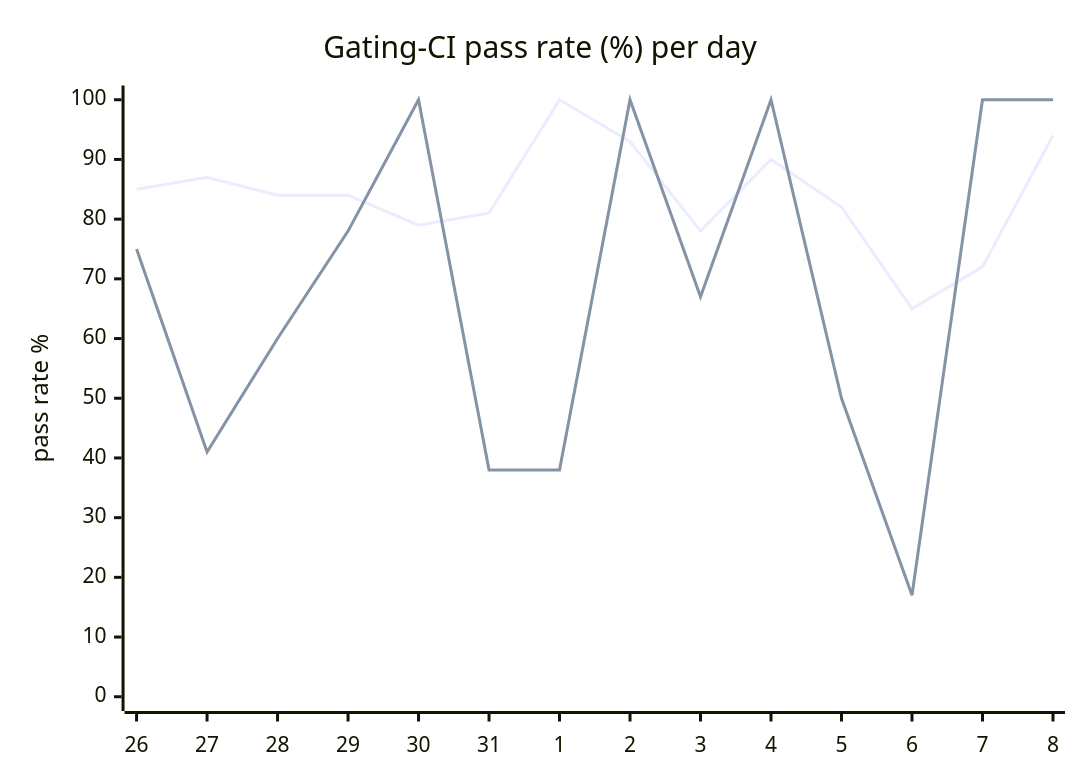
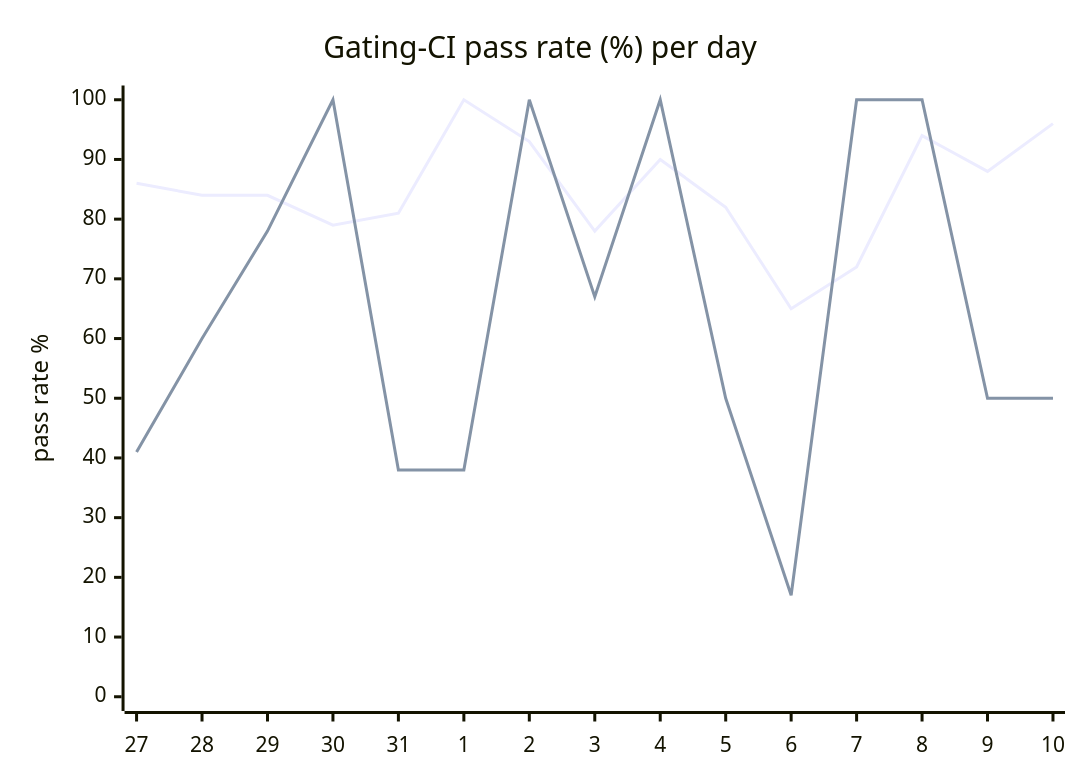
One commit to hatchet-dev/hatchet changed the diagram in hack/ci/ci-dashboard/staging/issue.md. Above: the diagram before and after it, drawn with Mermaid. The commit also changed other lines of this file, not shown here.

````diff
--- a/hack/ci/ci-dashboard/staging/issue.md
+++ b/hack/ci/ci-dashboard/staging/issue.md
@@ -9,8 +9,8 @@
 ```mermaid
 xychart-beta
   title "Gating-CI pass rate (%) per day"
-  x-axis [26, 27, 28, 29, 30, 31, 1, 2, 3, 4, 5, 6, 7, 8]
+  x-axis [27, 28, 29, 30, 31, 1, 2, 3, 4, 5, 6, 7, 8, 9, 10]
   y-axis "pass rate %" 0 --> 100
-  line "CI" [85, 87, 84, 84, 79, 81, 100, 93, 78, 90, 82, 65, 72, 94]
-  line "main" [75, 41, 60, 78, 100, 38, 38, 100, 67, 100, 50, 17, 100, 100]
+  line "CI" [86, 84, 84, 79, 81, 100, 93, 78, 90, 82, 65, 72, 94, 88, 96]
+  line "main" [41, 60, 78, 100, 38, 38, 100, 67, 100, 50, 17, 100, 100, 50, 50]
 ```
````
